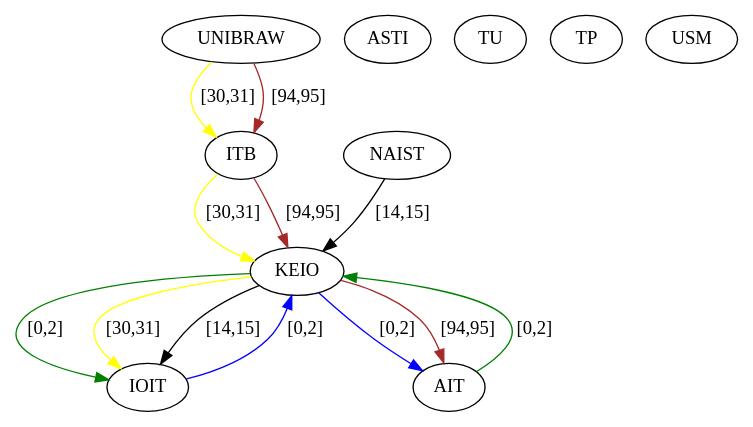
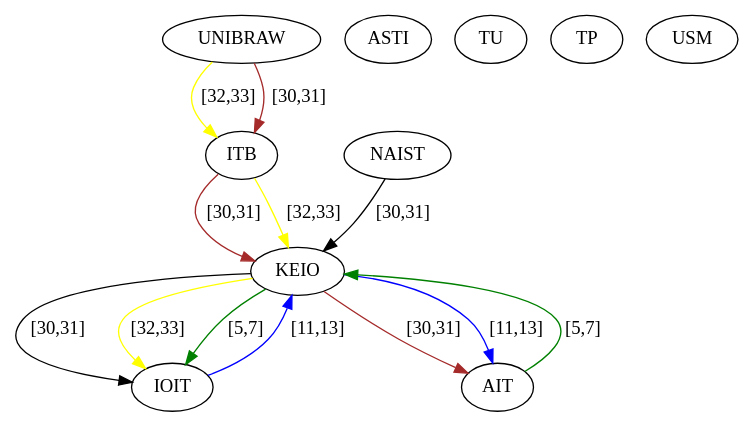
One commit to Hebbe1234/ExpectAll changed the diagram in src/assignedGraphs/assignedRSA.dot. Above: the diagram before and after it, drawn with Graphviz. The commit also changed 4 other files, not shown here.

```diff
--- a/src/assignedGraphs/assignedRSA.dot
+++ b/src/assignedGraphs/assignedRSA.dot
@@ -1,24 +1,24 @@
 digraph  {
 0 [Internal=1, label=UNIBRAW];
 1 [Internal=1, label=NAIST];
 2 [Internal=1, label=KEIO];
 3 [Internal=1, label=IOIT];
 4 [Internal=1, label=ASTI];
 5 [Internal=1, label=TU];
 6 [Internal=1, label=AIT];
 7 [Internal=1, label=ITB];
 8 [Internal=1, label=TP];
 9 [Internal=1, label=USM];
-0 -> 7  [color=yellow, key=0, label="[30,31]"];
-0 -> 7  [color=brown, key=1, label="[94,95]"];
-1 -> 2  [color=black, key=0, label="[14,15]"];
-2 -> 6  [color=blue, key=0, label="[0,2]"];
-2 -> 6  [color=brown, key=1, label="[94,95]"];
-2 -> 3  [color=green, key=0, label="[0,2]"];
-2 -> 3  [color=yellow, key=1, label="[30,31]"];
-2 -> 3  [color=black, key=2, label="[14,15]"];
-3 -> 2  [color=blue, key=0, label="[0,2]"];
-6 -> 2  [color=green, key=0, label="[0,2]"];
-7 -> 2  [color=yellow, key=0, label="[30,31]"];
-7 -> 2  [color=brown, key=1, label="[94,95]"];
+0 -> 7  [color=yellow, key=0, label="[32,33]"];
+0 -> 7  [color=brown, key=1, label="[30,31]"];
+1 -> 2  [color=black, key=0, label="[30,31]"];
+2 -> 3  [color=black, key=0, label="[30,31]"];
+2 -> 3  [color=yellow, key=1, label="[32,33]"];
+2 -> 3  [color=green, key=2, label="[5,7]"];
+2 -> 6  [color=brown, key=0, label="[30,31]"];
+2 -> 6  [color=blue, key=1, label="[11,13]"];
+3 -> 2  [color=blue, key=0, label="[11,13]"];
+6 -> 2  [color=green, key=0, label="[5,7]"];
+7 -> 2  [color=brown, key=0, label="[30,31]"];
+7 -> 2  [color=yellow, key=1, label="[32,33]"];
 }
```
